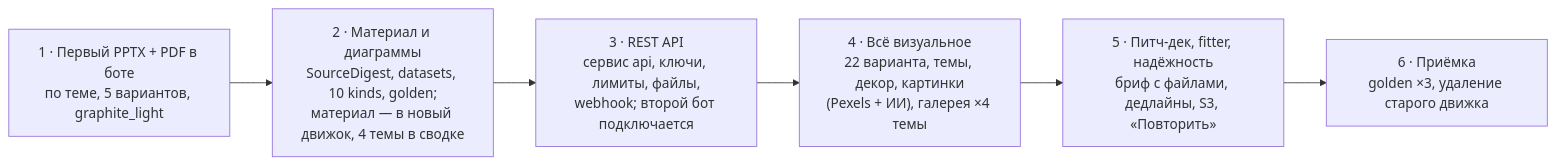
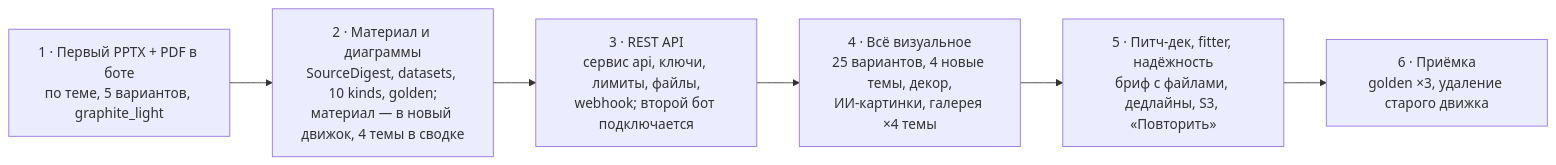
Before and after one commit to Alikashp/fibomy2.0.0: the diagram in docs/design/09_PLAN.md, drawn with Mermaid. The commit also changed other lines of this file and 21 other files, not shown here.

````diff
--- a/docs/design/09_PLAN.md
+++ b/docs/design/09_PLAN.md
@@ -9,8 +9,8 @@
 ```mermaid
 flowchart LR
     S1["1 · Первый PPTX + PDF в боте<br/>по теме, 5 вариантов, graphite_light"] --> S2["2 · Материал и диаграммы<br/>SourceDigest, datasets, 10 kinds, golden;<br/>материал — в новый движок, 4 темы в сводке"]
     S2 --> S3["3 · REST API<br/>сервис api, ключи, лимиты, файлы,<br/>webhook; второй бот подключается"]
-    S3 --> S4["4 · Всё визуальное<br/>22 варианта, темы, декор, картинки<br/>(Pexels + ИИ), галерея ×4 темы"]
+    S3 --> S4["4 · Всё визуальное<br/>25 вариантов, 4 новые темы, декор,<br/>ИИ-картинки, галерея ×4 темы"]
     S4 --> S5["5 · Питч-дек, fitter, надёжность<br/>бриф с файлами, дедлайны, S3, «Повторить»"]
     S5 --> S6["6 · Приёмка<br/>golden ×3, удаление старого движка"]
 ```
````
